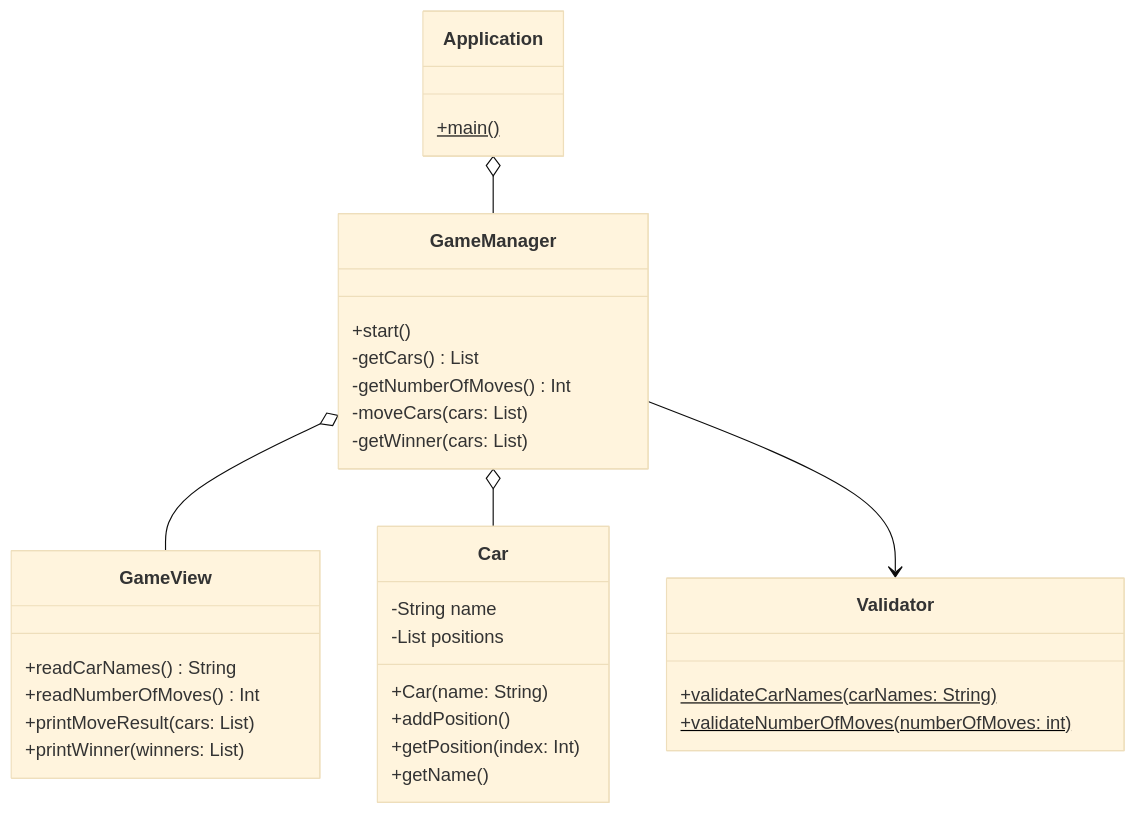
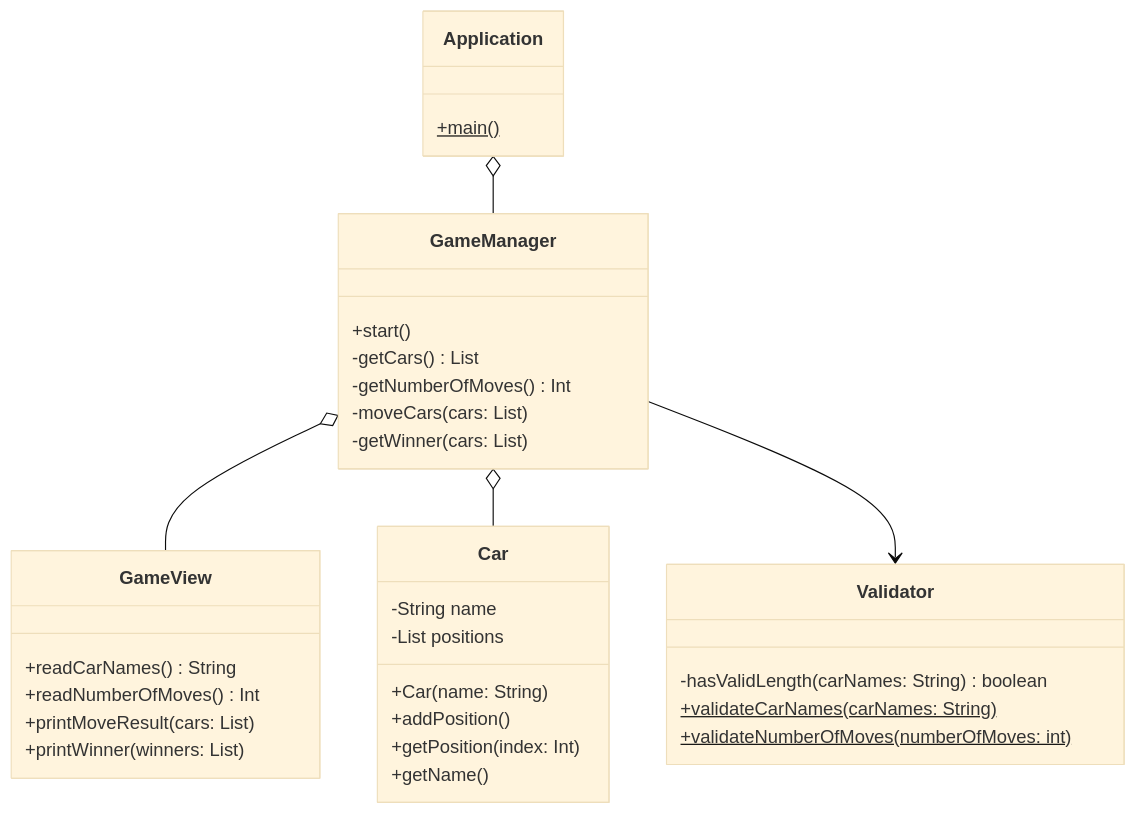
Before and after one commit to woowacourse-precourse/java-racingcar-6: the second of 3 diagrams in docs/README.md, drawn with Mermaid (base theme). The commit also changed other lines of this file, not shown here.

Commit message:
docs: adding validate process function for V-01-1

````diff
--- a/docs/README.md
+++ b/docs/README.md
@@ -64,37 +64,37 @@
 ```mermaid
 classDiagram
   Application o-- GameManager
   GameManager o-- GameView
   GameManager o-- Car
   GameManager --> Validator
   class Car{
     -String name
     -List<Integer> positions
     +Car(name: String)
     +addPosition()
     +getPosition(index: Int)
     +getName()
   }
   class GameManager{
     +start()
     -getCars() List<Car>
     -getNumberOfMoves() Int
     -moveCars(cars: List<Car>)
     -getWinner(cars: List<Car>)
   }
   class GameView{
     +readCarNames() String
     +readNumberOfMoves() Int
     +printMoveResult(cars: List<Car>)
     +printWinner(winners: List<Car>)
   }
   class Validator{
-
+    -hasValidLength(carNames: String) boolean
     +validateCarNames(carNames: String)$
     +validateNumberOfMoves(numberOfMoves: int)$
   }
   class Application{
     +main()$
   }
 
 ```
````
